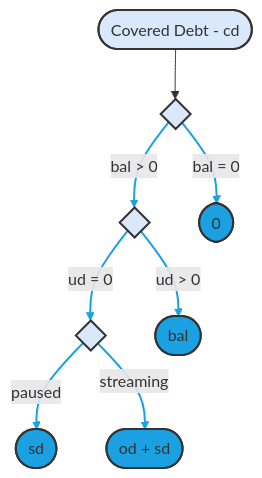
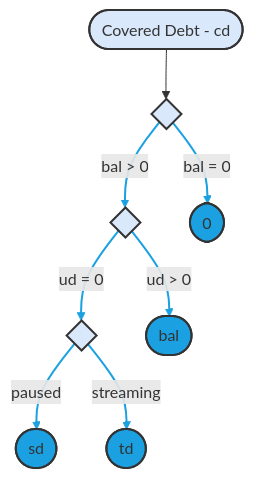
The sixth of 8 diagrams in DIAGRAMS.md (sablier-labs/flow), drawn with Mermaid before and after one commit. The commit also changed other lines of this file and 1 other file, not shown here.

First line of the commit message:
docs(diagrams): update diagrams with voided status

````diff
--- a/DIAGRAMS.md
+++ b/DIAGRAMS.md
@@ -201,24 +214,24 @@
 ```mermaid
 flowchart TD
     di0{ }:::blue0
     di1{ }:::blue0
     di2{ }:::blue0
     cd([Covered Debt - cd]):::blue0
     res_0([0 ]):::blue1
     res_bal([bal]):::blue1
     res_sd([sd]):::blue1
-    res_sum([od + sd]):::blue1
+    res_sum([td]):::blue1
 
 
     cd --> di0
     di0 -- "bal = 0" --> res_0
     di0 -- "bal > 0" --> di1
     di1 -- "ud > 0" --> res_bal
     di1 -- "ud = 0" --> di2
     di2 -- "paused" --> res_sd
     di2 -- "streaming" --> res_sum
 
     classDef blue0 fill:#DAE8FC,stroke:#333,stroke-width:2px;
     classDef blue1 fill:#1BA1E2,stroke:#333,stroke-width:2px;
     linkStyle 1,2,3,4,5,6 stroke:#1BA1E2,stroke-width:2px
 ```
````
